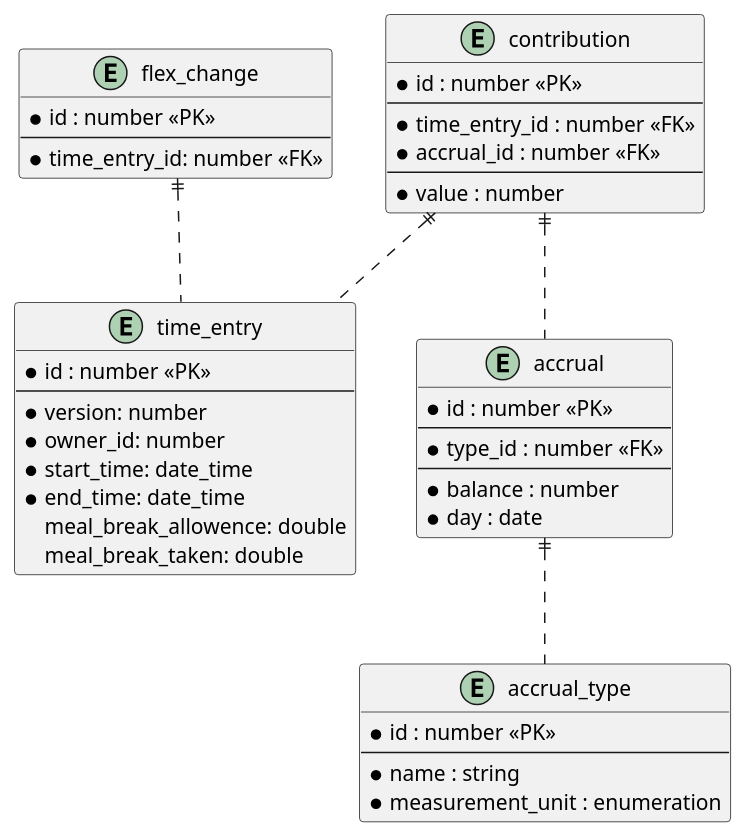
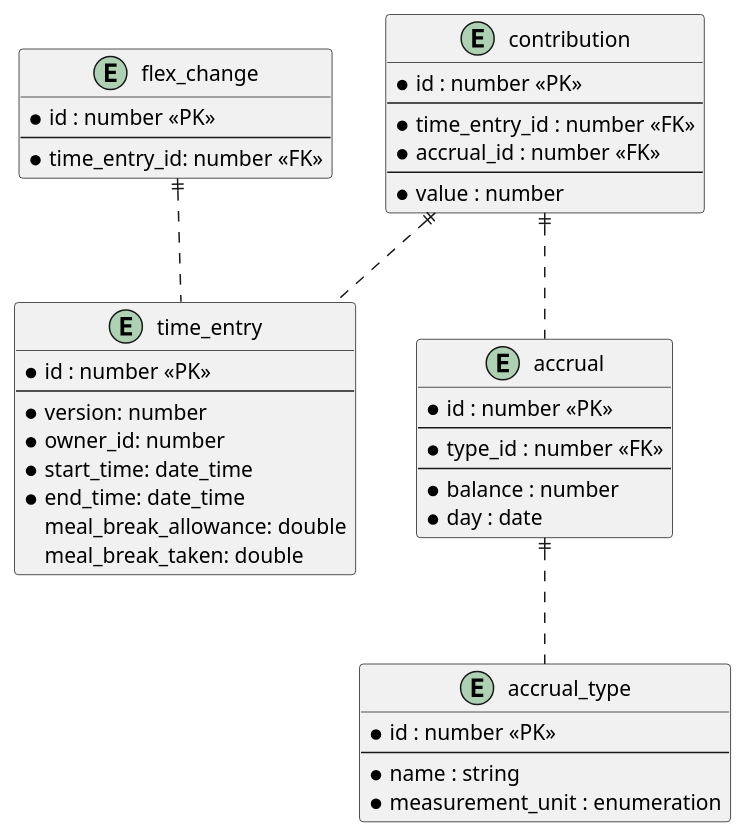
Before and after one commit to UKHomeOffice/callisto-accruals-restapi: the diagram in docs/storage-model.puml, drawn with PlantUML. The commit also changed 2 other files, not shown here.

```diff
--- a/docs/storage-model.puml
+++ b/docs/storage-model.puml
@@ -1,49 +1,49 @@
 @startuml
 
 entity time_entry {
   * id : number <<PK>>
   --
   * version: number
   * owner_id: number
   * start_time: date_time
   * end_time: date_time
-  meal_break_allowence: double
+  meal_break_allowance: double
   meal_break_taken: double  
 }
 
 entity flex_change {
   * id : number <<PK>>
   --
   * time_entry_id: number <<FK>>
 }
 
 entity accrual {
   * id : number <<PK>>
   --
   * type_id : number <<FK>>
   --
   * balance : number
   * day : date
 }
 
 entity contribution {
   * id : number <<PK>>
   --
   * time_entry_id : number <<FK>>
   * accrual_id : number <<FK>>
   --
   * value : number
 }
 
 entity accrual_type {
   * id : number <<PK>>
   --
   * name : string
   * measurement_unit : enumeration
 }
 accrual ||.. accrual_type
 contribution ||.. accrual
 contribution ||.. time_entry
 flex_change ||.. time_entry
 
 @enduml
```
